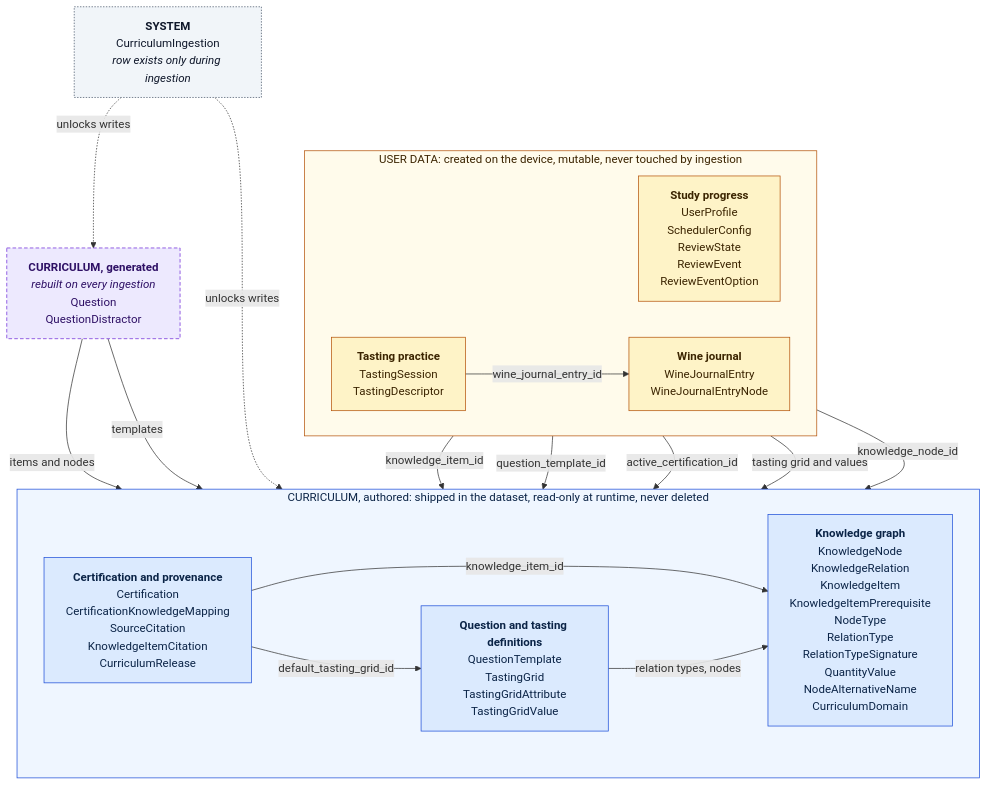
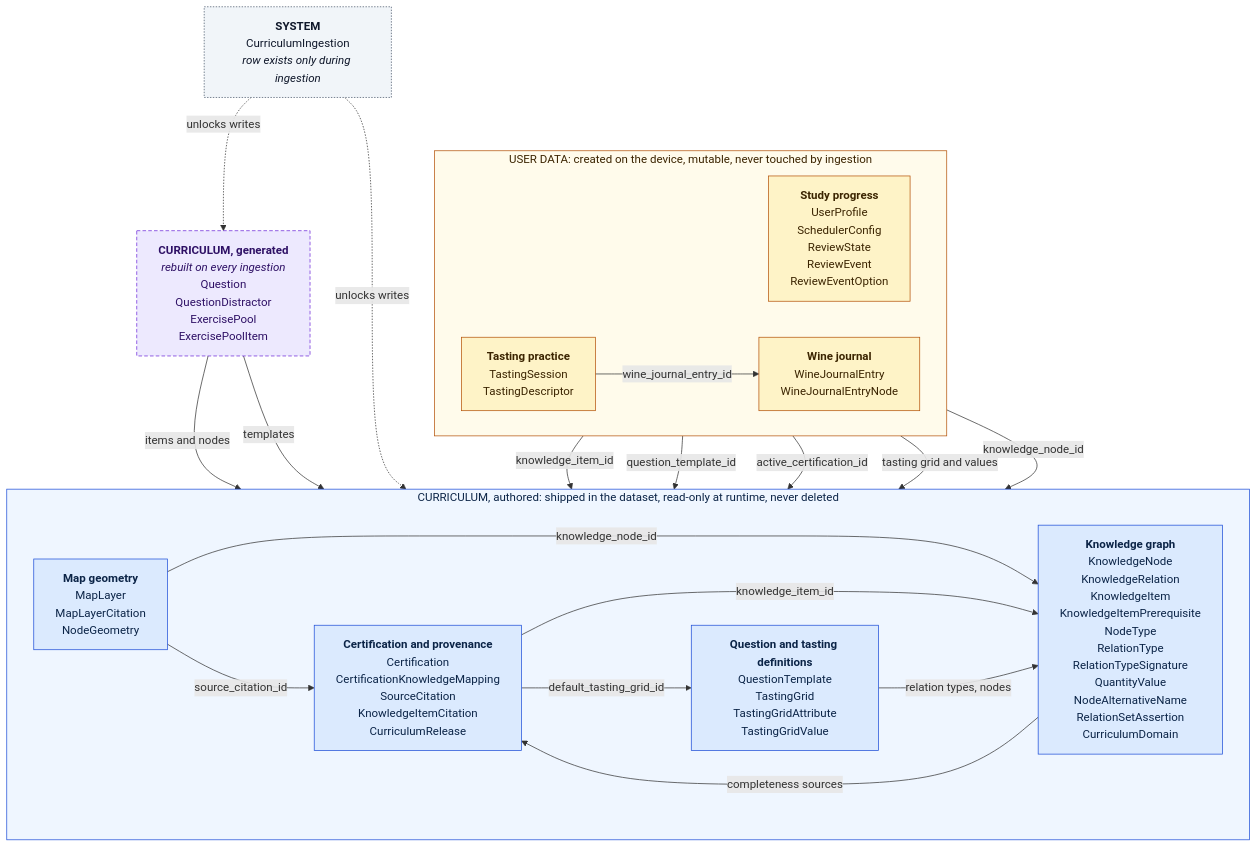
Before and after one commit to Xaiando/Mobile: the first of 8 diagrams in docs/domain-model.md, drawn with Mermaid. The commit also changed other lines of this file and 6 other files, not shown here.

First line of the commit message:
Document schema v2

````diff
--- a/docs/domain-model.md
+++ b/docs/domain-model.md
@@ -64,42 +64,46 @@
 ```mermaid
 flowchart TB
     subgraph USR["USER DATA: created on the device, mutable, never touched by ingestion"]
         direction LR
         U_STUDY["<b>Study progress</b><br/>UserProfile<br/>SchedulerConfig<br/>ReviewState<br/>ReviewEvent<br/>ReviewEventOption"]
         U_TASTE["<b>Tasting practice</b><br/>TastingSession<br/>TastingDescriptor"]
         U_JOURNAL["<b>Wine journal</b><br/>WineJournalEntry<br/>WineJournalEntryNode"]
     end
-    G_Q["<b>CURRICULUM, generated</b><br/><i>rebuilt on every ingestion</i><br/>Question<br/>QuestionDistractor"]
+    G_Q["<b>CURRICULUM, generated</b><br/><i>rebuilt on every ingestion</i><br/>Question<br/>QuestionDistractor<br/>ExercisePool<br/>ExercisePoolItem"]
     SYS["<b>SYSTEM</b><br/>CurriculumIngestion<br/><i>row exists only during ingestion</i>"]
     subgraph AUTH["CURRICULUM, authored: shipped in the dataset, read-only at runtime, never deleted"]
         direction LR
         A_CERT["<b>Certification and provenance</b><br/>Certification<br/>CertificationKnowledgeMapping<br/>SourceCitation<br/>KnowledgeItemCitation<br/>CurriculumRelease"]
-        A_GRAPH["<b>Knowledge graph</b><br/>KnowledgeNode<br/>KnowledgeRelation<br/>KnowledgeItem<br/>KnowledgeItemPrerequisite<br/>NodeType<br/>RelationType<br/>RelationTypeSignature<br/>QuantityValue<br/>NodeAlternativeName<br/>CurriculumDomain"]
+        A_GRAPH["<b>Knowledge graph</b><br/>KnowledgeNode<br/>KnowledgeRelation<br/>KnowledgeItem<br/>KnowledgeItemPrerequisite<br/>NodeType<br/>RelationType<br/>RelationTypeSignature<br/>QuantityValue<br/>NodeAlternativeName<br/>RelationSetAssertion<br/>CurriculumDomain"]
         A_DEFS["<b>Question and tasting definitions</b><br/>QuestionTemplate<br/>TastingGrid<br/>TastingGridAttribute<br/>TastingGridValue"]
+        A_MAP["<b>Map geometry</b><br/>MapLayer<br/>MapLayerCitation<br/>NodeGeometry"]
     end
 
     U_STUDY -->|knowledge_item_id| A_GRAPH
     U_STUDY -->|question_template_id| A_DEFS
     U_STUDY -->|active_certification_id| A_CERT
     U_TASTE -->|tasting grid and values| A_DEFS
     U_TASTE -->|wine_journal_entry_id| U_JOURNAL
     U_JOURNAL -->|knowledge_node_id| A_GRAPH
     G_Q -->|items and nodes| A_GRAPH
     G_Q -->|templates| A_DEFS
     A_CERT -->|knowledge_item_id| A_GRAPH
     A_CERT -->|default_tasting_grid_id| A_DEFS
     A_DEFS -->|relation types, nodes| A_GRAPH
+    A_GRAPH -->|completeness sources| A_CERT
+    A_MAP -->|knowledge_node_id| A_GRAPH
+    A_MAP -->|source_citation_id| A_CERT
     SYS -.->|unlocks writes| AUTH
     SYS -.->|unlocks writes| G_Q
 
     classDef curriculum fill:#dbeafe,stroke:#1d4ed8,color:#0b2447
     classDef generated fill:#ede9fe,stroke:#6d28d9,color:#2e1065,stroke-dasharray:5 3
     classDef user fill:#fef3c7,stroke:#b45309,color:#3b2400
     classDef system fill:#f1f5f9,stroke:#475569,color:#0f172a,stroke-dasharray:2 2
-    class A_CERT,A_GRAPH,A_DEFS curriculum
+    class A_CERT,A_GRAPH,A_DEFS,A_MAP curriculum
     class G_Q generated
     class U_STUDY,U_TASTE,U_JOURNAL user
     class SYS system
     style AUTH fill:#eff6ff,stroke:#1d4ed8,color:#0b2447
     style USR fill:#fffbeb,stroke:#b45309,color:#3b2400
 ```
````
